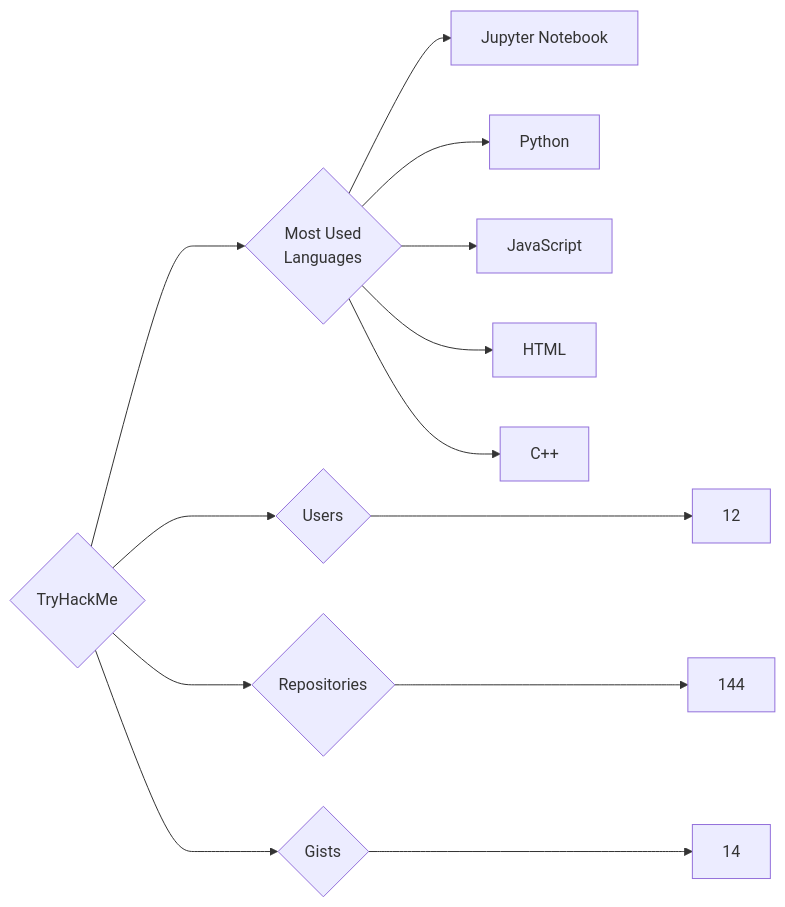
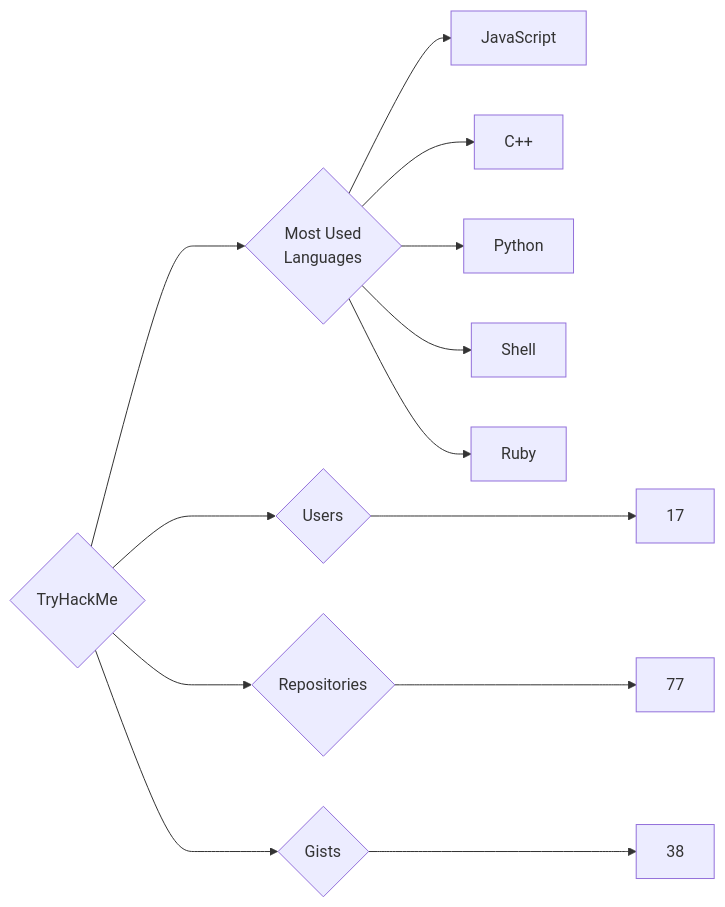
One commit to trickest/insiders changed the diagram in targets/TryHackMe/README.md. Above: the diagram before and after it, drawn with Mermaid. The commit also changed 964 other files, not shown here.

````diff
--- a/targets/TryHackMe/README.md
+++ b/targets/TryHackMe/README.md
@@ -3,13 +3,13 @@
 ```mermaid
 graph LR
 COMPANY_NAME{TryHackMe}
-COMPANY_NAME ---> U{Users} ---> UN[12]
-COMPANY_NAME ---> R{Repositories} ---> RN[144]
-COMPANY_NAME ---> G{Gists} ---> GN[14]
+COMPANY_NAME ---> U{Users} ---> UN[17]
+COMPANY_NAME ---> R{Repositories} ---> RN[77]
+COMPANY_NAME ---> G{Gists} ---> GN[38]
 COMPANY_NAME ---> ML{Most Used<br>Languages}
-ML --> Jupyter_Notebook[Jupyter Notebook]
+ML --> JavaScript[JavaScript]
+ML --> C++[C++]
 ML --> Python[Python]
-ML --> JavaScript[JavaScript]
-ML --> HTML[HTML]
-ML --> C++[C++]
+ML --> Shell[Shell]
+ML --> Ruby[Ruby]
 ```
````
